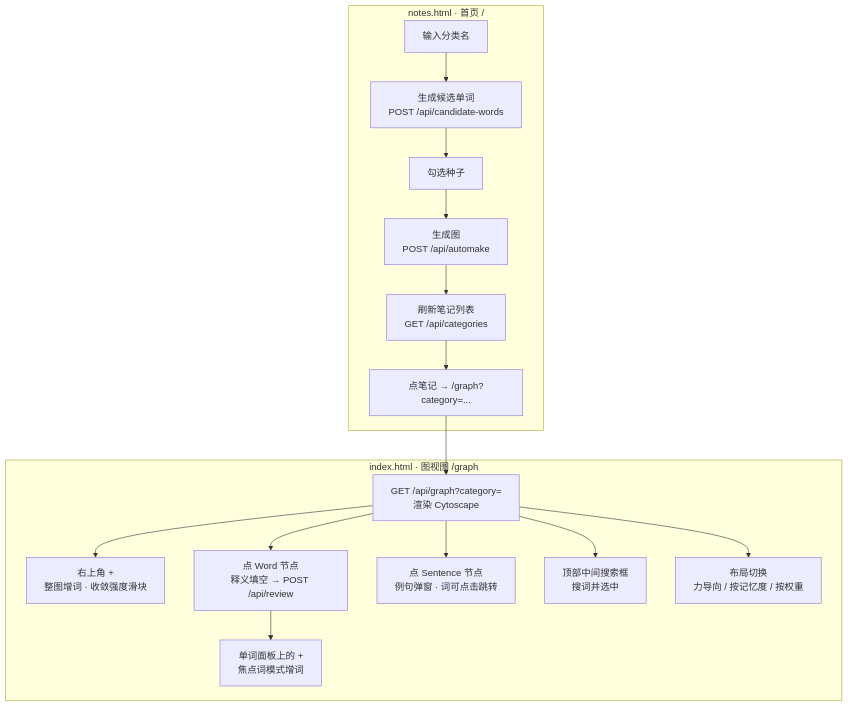
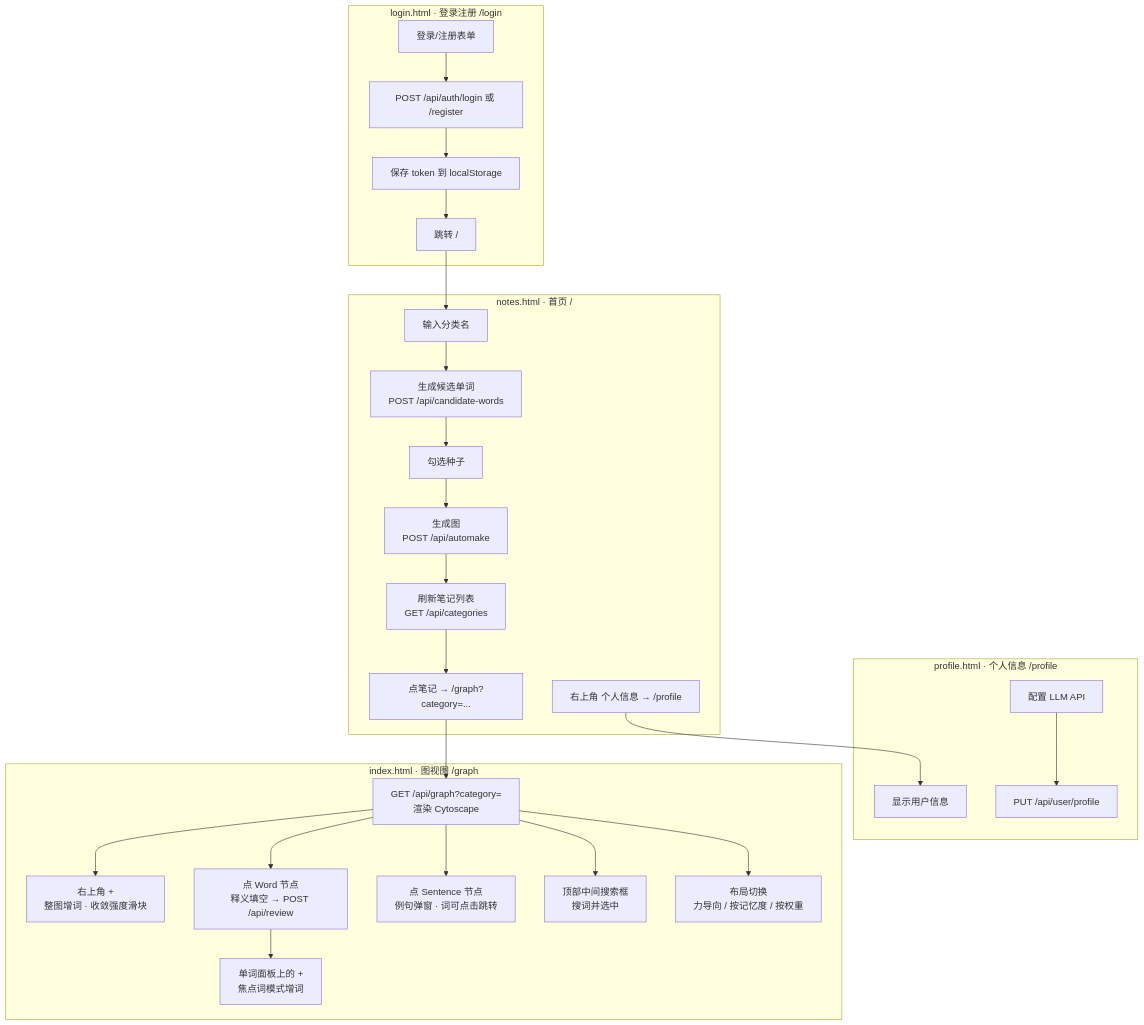
The fifth of 6 diagrams in docs/ARCHITECTURE.md (oraclewhere/graph_memory), drawn with Mermaid before and after one commit. The commit also changed other lines of this file and 3 other files, not shown here.

````diff
--- a/docs/ARCHITECTURE.md
+++ b/docs/ARCHITECTURE.md
@@ -252,28 +286,42 @@
 ```mermaid
 flowchart TB
+    subgraph L["login.html · 登录注册 /login"]
+        L1["登录/注册表单"] --> L2["POST /api/auth/login 或 /register"]
+        L2 --> L3["保存 token 到 localStorage"]
+        L3 --> L4["跳转 /"]
+    end
+
     subgraph N["notes.html · 首页 /"]
         N1["输入分类名"] --> N2["生成候选单词<br/>POST /api/candidate-words"]
         N2 --> N3["勾选种子"]
         N3 --> N4["生成图<br/>POST /api/automake"]
         N4 --> N5["刷新笔记列表<br/>GET /api/categories"]
         N5 --> N6["点笔记 → /graph?category=..."]
+        N7["右上角 个人信息 → /profile"]
+    end
+
+    subgraph P["profile.html · 个人信息 /profile"]
+        P1["显示用户信息"]
+        P2["配置 LLM API"] --> P3["PUT /api/user/profile"]
     end
 
     subgraph I["index.html · 图视图 /graph"]
         I1["GET /api/graph?category=<br/>渲染 Cytoscape"]
         I2["右上角 + <br/>整图增词 · 收敛强度滑块"]
         I3["点 Word 节点<br/>释义填空 → POST /api/review"]
         I4["单词面板上的 + <br/>焦点词模式增词"]
         I5["点 Sentence 节点<br/>例句弹窗 · 词可点击跳转"]
         I6["顶部中间搜索框<br/>搜词并选中"]
         I7["布局切换<br/>力导向 / 按记忆度 / 按权重"]
         I1 --> I2
         I1 --> I3
         I1 --> I5
         I1 --> I6
         I1 --> I7
         I3 --> I4
     end
 
+    L4 --> N1
     N6 --> I1
+    N7 --> P1
 ```
````
